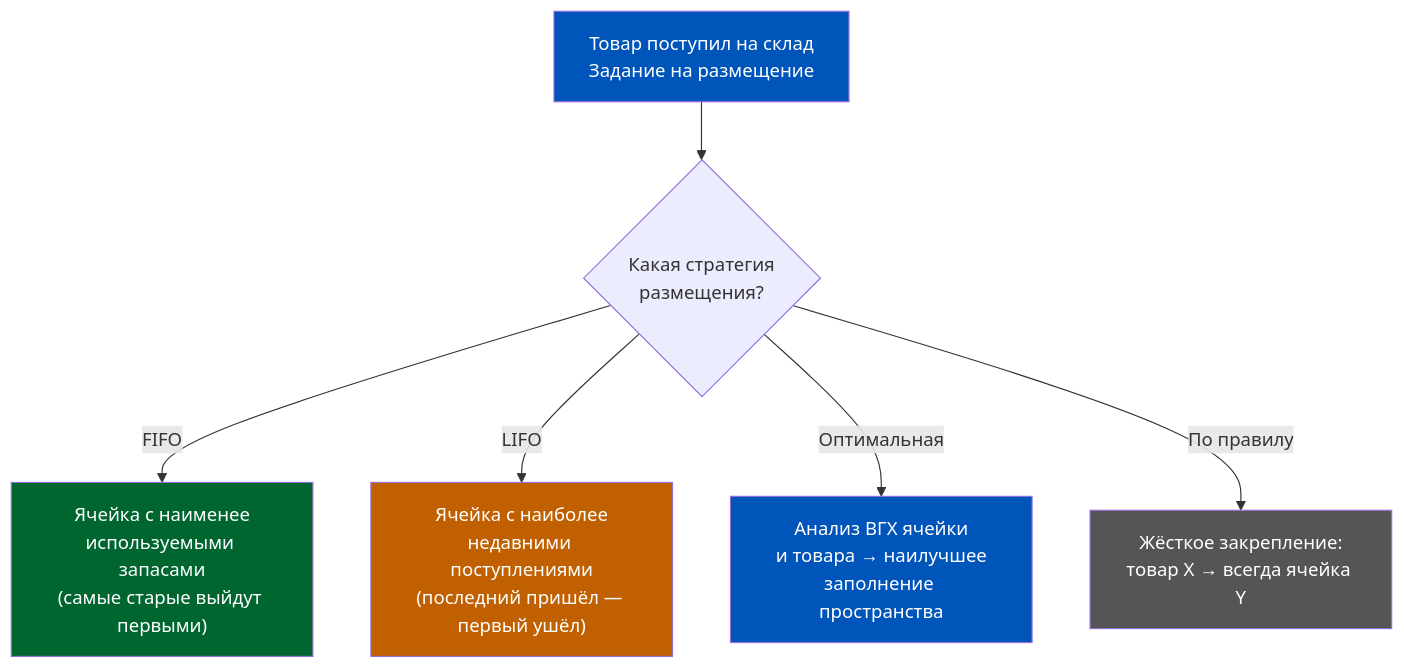
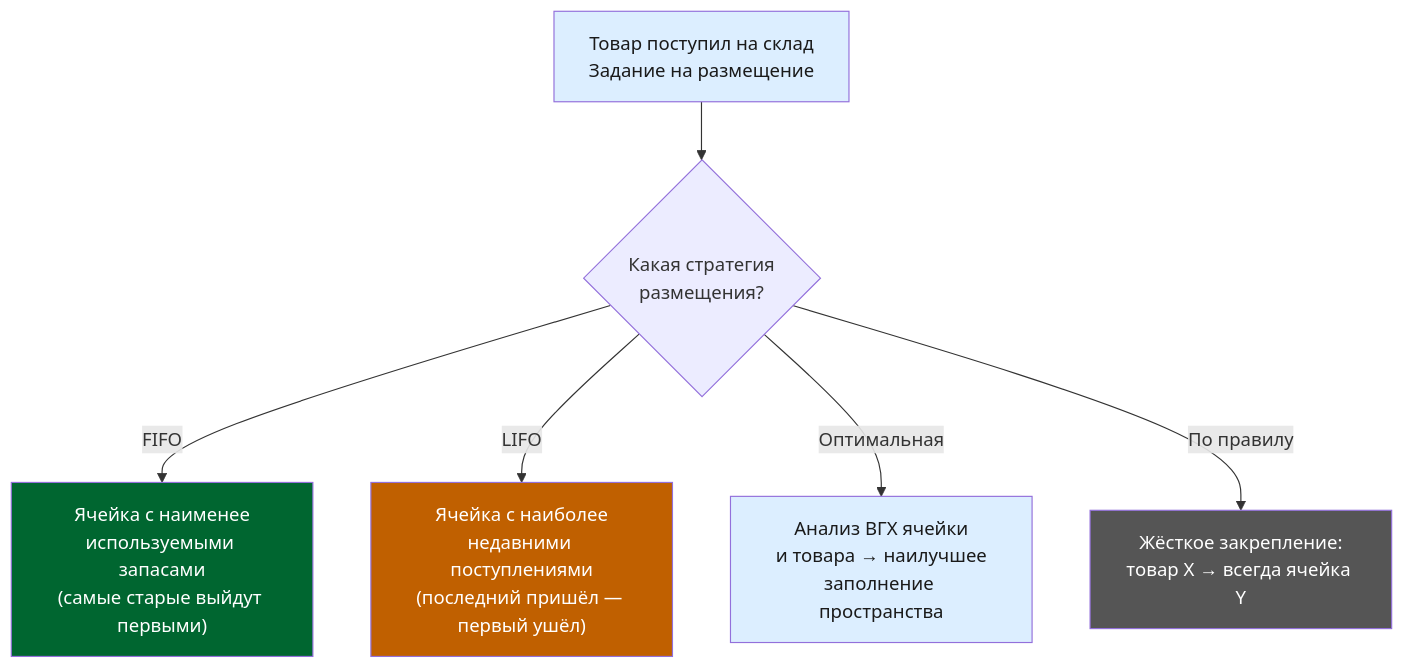
The third of 6 diagrams in content/1c-erp/week_4/Неделя 4 - День 2 - Ячеечный склад.md (murad1986/1c-erp-quartz), drawn with Mermaid before and after one commit. The commit also changed other lines of this file and 57 other files, not shown here.

First line of the commit message:
fix: Mermaid — пастельные цвета в источниках диаграмм (56 файлов)

````diff
--- a/content/1c-erp/week_4/Неделя 4 - День 2 - Ячеечный склад.md
+++ b/content/1c-erp/week_4/Неделя 4 - День 2 - Ячеечный склад.md
@@ -182,14 +182,14 @@
 ```mermaid
 graph TD
     A["Товар поступил на склад<br/>Задание на размещение"]:::blue
     A --> B{Какая стратегия<br/>размещения?}
     B -->|FIFO| C["Ячейка с наименее<br/>используемыми запасами<br/>(самые старые выйдут первыми)"]:::green
     B -->|LIFO| D["Ячейка с наиболее<br/>недавними поступлениями<br/>(последний пришёл — первый ушёл)"]:::orange
     B -->|Оптимальная| E["Анализ ВГХ ячейки<br/>и товара → наилучшее<br/>заполнение пространства"]:::blue
     B -->|По правилу| F["Жёсткое закрепление:<br/>товар X → всегда ячейка Y"]:::gray
 
-    classDef blue fill:#0055BB,color:#fff
+    classDef blue fill:#dceeff,color:#1a1a1a
     classDef green fill:#006630,color:#fff
     classDef orange fill:#C06000,color:#fff
     classDef gray fill:#555,color:#fff
 ```
````
